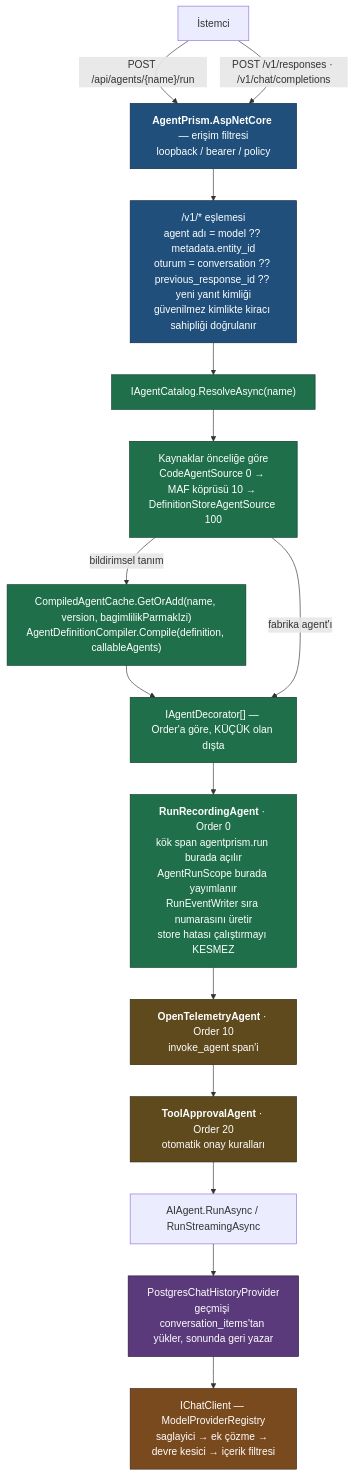
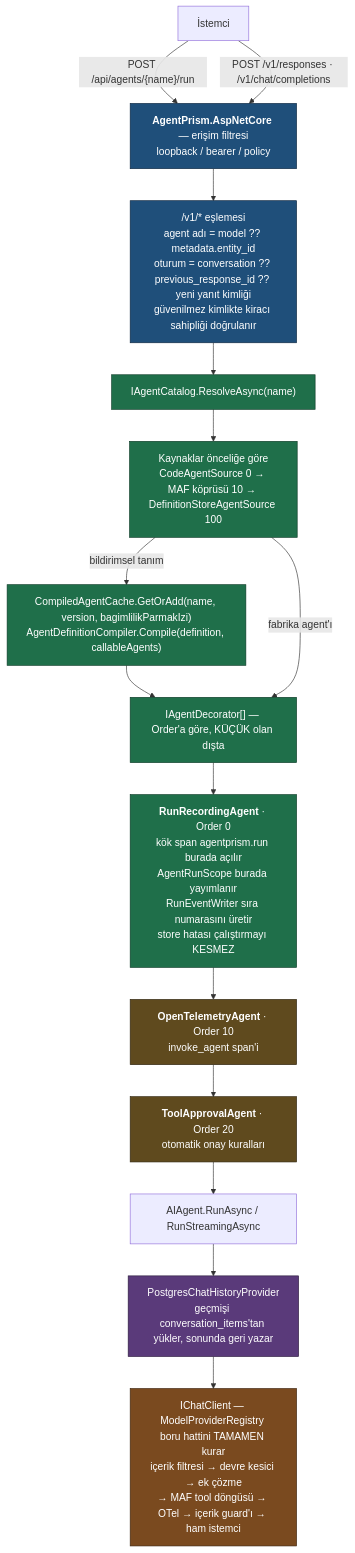
Before and after one commit to farukatasoy/Tracon: the third of 9 diagrams in docs/MIMARI.md, drawn with Mermaid. The commit also changed other lines of this file and 64 other files, not shown here.

````diff
--- a/docs/MIMARI.md
+++ b/docs/MIMARI.md
@@ -290,35 +267,35 @@
 ```mermaid
 flowchart TD
     C["İstemci"]
     H["<b>AgentPrism.AspNetCore</b> — erişim filtresi<br/>loopback / bearer / policy"]
     V1["/v1/* eşlemesi<br/>agent adı = model ?? metadata.entity_id<br/>oturum = conversation ?? previous_response_id ?? yeni yanıt kimliği<br/>güvenilmez kimlikte kiracı sahipliği doğrulanır"]
     R["IAgentCatalog.ResolveAsync(name)"]
     SRC["Kaynaklar önceliğe göre<br/>CodeAgentSource 0 → MAF köprüsü 10 → DefinitionStoreAgentSource 100"]
     COMP["CompiledAgentCache.GetOrAdd(name, version, bagimlilikParmakIzi)<br/>AgentDefinitionCompiler.Compile(definition, callableAgents)"]
     DEC["IAgentDecorator[] — Order'a göre, KÜÇÜK olan dışta"]
     REC["<b>RunRecordingAgent</b> · Order 0<br/>kök span agentprism.run burada açılır<br/>AgentRunScope burada yayımlanır<br/>RunEventWriter sıra numarasını üretir<br/>store hatası çalıştırmayı KESMEZ"]
     OTEL["<b>OpenTelemetryAgent</b> · Order 10<br/>invoke_agent span'i"]
     APR["<b>ToolApprovalAgent</b> · Order 20<br/>otomatik onay kuralları"]
     RUN["AIAgent.RunAsync / RunStreamingAsync"]
     CHP["PostgresChatHistoryProvider<br/>geçmişi conversation_items'tan yükler, sonunda geri yazar"]
-    LLM["IChatClient — ModelProviderRegistry<br/>saglayici → ek çözme → devre kesici → içerik filtresi"]
+    LLM["IChatClient — ModelProviderRegistry boru hattini TAMAMEN kurar<br/>içerik filtresi → devre kesici → ek çözme<br/>→ MAF tool döngüsü → OTel → içerik guard'ı → ham istemci"]
 
     C -->|"POST /api/agents/{name}/run"| H
     C -->|"POST /v1/responses · /v1/chat/completions"| H
     H --> V1 --> R --> SRC
     SRC -->|"bildirimsel tanım"| COMP --> DEC
     SRC -->|"fabrika agent'ı"| DEC
     DEC --> REC --> OTEL --> APR --> RUN
     RUN --> CHP --> LLM
 
     classDef faz4 fill:#1f4f7a,stroke:#0d2740,color:#ffffff
     classDef faz1 fill:#1f6f4a,stroke:#0d3b27,color:#ffffff
     classDef faz2 fill:#5a3a7a,stroke:#2c1c3d,color:#ffffff
     classDef faz3 fill:#7a4a1f,stroke:#3d250f,color:#ffffff
     class H,V1 faz4
     classDef faz6 fill:#5f4a1e,stroke:#302510,color:#ffffff
     class R,SRC,COMP,DEC,REC faz1
     class CHP faz2
     class LLM faz3
     class OTEL,APR faz6
 ```
````
